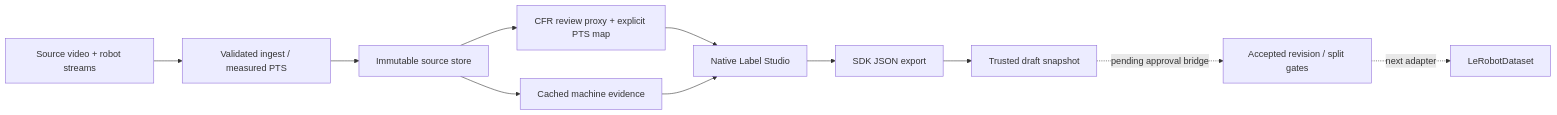
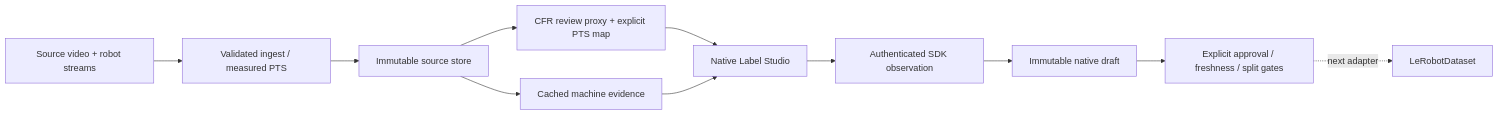
The diagram in docs/architecture.md (dyl-joseph/auto-robo-pipeline), drawn with Mermaid before and after one commit. The commit also changed other lines of this file and 11 other files, not shown here.

Commit message:
Expose native approval commands and verify the real saved-review lifecycle

````diff
--- a/docs/architecture.md
+++ b/docs/architecture.md
@@ -5,13 +5,13 @@
 ```mermaid
 flowchart LR
   A[Source video + robot streams] --> B[Validated ingest / measured PTS]
   B --> C[Immutable source store]
   C --> D[CFR review proxy + explicit PTS map]
   C --> E[Cached machine evidence]
   D --> F[Native Label Studio]
   E --> F
-  F --> G[SDK JSON export]
-  G --> H[Trusted draft snapshot]
-  H -. pending approval bridge .-> I[Accepted revision / split gates]
+  F --> G[Authenticated SDK observation]
+  G --> H[Immutable native draft]
+  H --> I[Explicit approval / freshness / split gates]
   I -. next adapter .-> J[LeRobotDataset]
 ```
````
